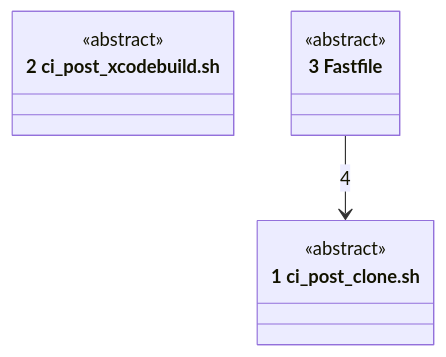
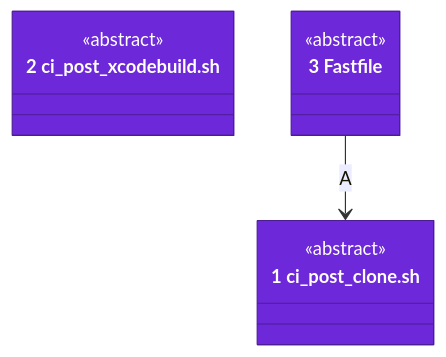
Before and after one commit to may-journal/xcode-tooling: the first of 2 diagrams in docs/architecture/04-code.md, drawn with Mermaid. The commit also changed other lines of this file and 5 other files, not shown here.

Commit message:
docs(architecture): bring the views to the per-level form and palette

````diff
--- a/docs/architecture/04-code.md
+++ b/docs/architecture/04-code.md
@@ -7,11 +7,15 @@
 ```mermaid
 classDiagram
     class postClone["1 ci_post_clone.sh"]
     <<abstract>> postClone
     class postBuild["2 ci_post_xcodebuild.sh"]
     <<abstract>> postBuild
     class lanes["3 Fastfile"]
     <<abstract>> lanes
 
-    lanes --> postClone : 4
+    lanes --> postClone : A
+
+    style postClone fill:#6d28d9,stroke:#4c1d95,color:#ffffff
+    style postBuild fill:#6d28d9,stroke:#4c1d95,color:#ffffff
+    style lanes fill:#6d28d9,stroke:#4c1d95,color:#ffffff
 ```
````
